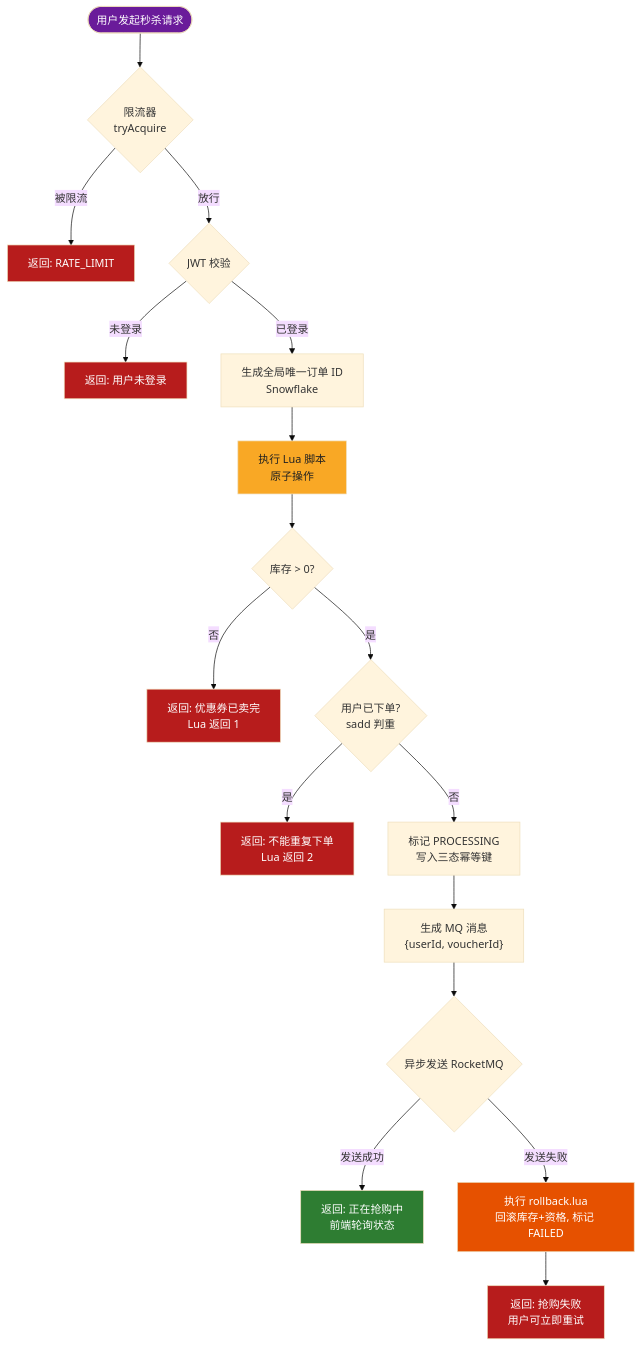
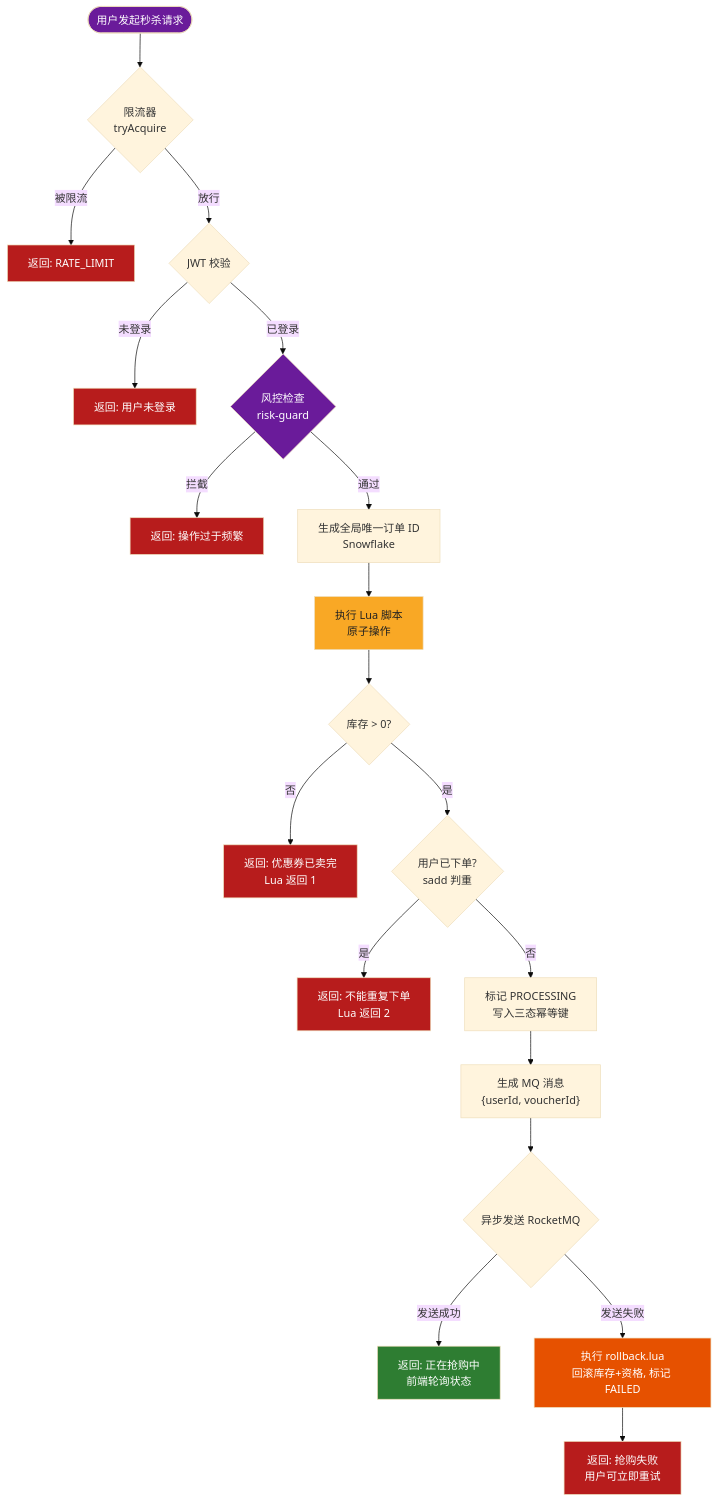
The second of 3 diagrams in README.md (Shardkiht/FlashDeal), drawn with Mermaid (base theme) before and after one commit. The commit also changed other lines of this file, not shown here.

````diff
--- a/README.md
+++ b/README.md
@@ -180,30 +184,34 @@
 ```mermaid
 flowchart TD
     START([用户发起秒杀请求]) --> LIMIT{限流器<br/>tryAcquire}
     LIMIT -->|被限流| R1[返回: RATE_LIMIT]
     LIMIT -->|放行| AUTH{JWT 校验}
     AUTH -->|未登录| R2[返回: 用户未登录]
-    AUTH -->|已登录| GEN[生成全局唯一订单 ID<br/>Snowflake]
+    AUTH -->|已登录| RISK{风控检查<br/>risk-guard}
+    RISK -->|拦截| RISKREJ[返回: 操作过于频繁]
+    RISK -->|通过| GEN[生成全局唯一订单 ID<br/>Snowflake]
 
     GEN --> LUA[执行 Lua 脚本<br/>原子操作]
     LUA --> CHECK1{库存 > 0?}
     CHECK1 -->|否| R3[返回: 优惠券已卖完<br/>Lua 返回 1]
     CHECK1 -->|是| CHECK2{用户已下单?<br/>sadd 判重}
     CHECK2 -->|是| R4[返回: 不能重复下单<br/>Lua 返回 2]
     CHECK2 -->|否| MARK[标记 PROCESSING<br/>写入三态幂等键]
     MARK --> MSG["生成 MQ 消息<br/>{userId, voucherId}"]
     MSG --> MQ{异步发送 RocketMQ}
     MQ -->|发送成功| OK[返回: 正在抢购中<br/>前端轮询状态]
     MQ -->|发送失败| ROLLBACK[执行 rollback.lua<br/>回滚库存+资格, 标记 FAILED]
     ROLLBACK --> R5[返回: 抢购失败<br/>用户可立即重试]
 
     style START fill:#6a1b9a,color:#fff
     style OK fill:#2e7d32,color:#fff
     style R1 fill:#b71c1c,color:#fff
     style R2 fill:#b71c1c,color:#fff
     style R3 fill:#b71c1c,color:#fff
     style R4 fill:#b71c1c,color:#fff
     style R5 fill:#b71c1c,color:#fff
+    style RISKREJ fill:#b71c1c,color:#fff
     style LUA fill:#f9a825,color:#212121
+    style RISK fill:#6a1b9a,color:#fff
     style ROLLBACK fill:#e65100,color:#fff
 ```
````
